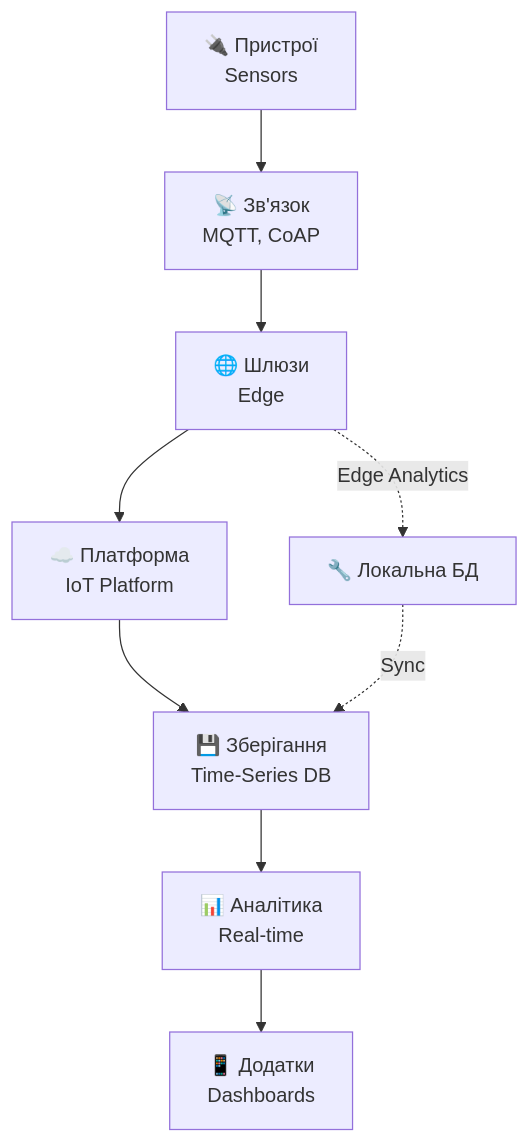
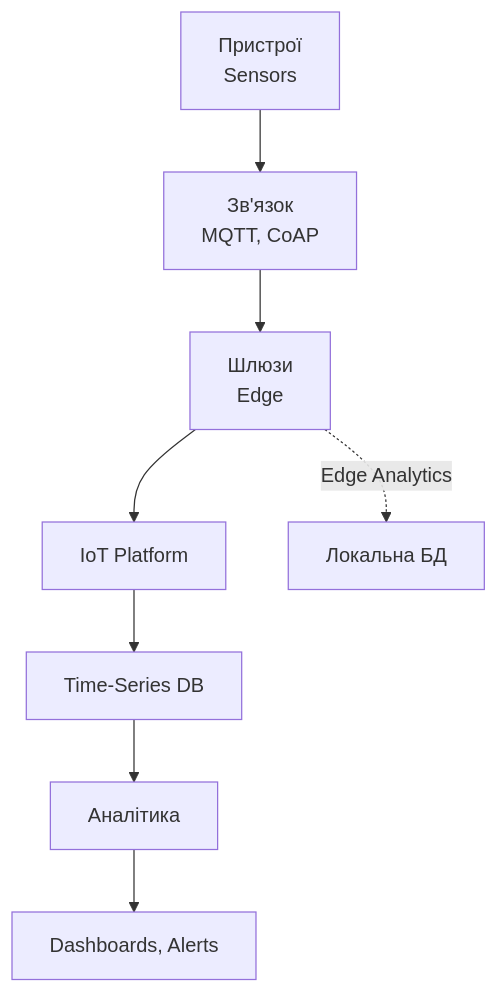
The fourth of 5 diagrams in presentations/presentation-21.md (olroi421/course-bd), drawn with Mermaid before and after one commit. The commit also changed other lines of this file and 26 other files, not shown here.

````diff
--- a/presentations/presentation-21.md
+++ b/presentations/presentation-21.md
@@ -274,12 +139,11 @@
 ```mermaid
 graph TB
-    A[🔌 Пристрої<br/>Sensors] --> B[📡 Зв'язок<br/>MQTT, CoAP]
-    B --> C[🌐 Шлюзи<br/>Edge]
-    C --> D[☁️ Платформа<br/>IoT Platform]
-    D --> E[💾 Зберігання<br/>Time-Series DB]
-    E --> F[📊 Аналітика<br/>Real-time]
-    F --> G[📱 Додатки<br/>Dashboards]
+    A[Пристрої<br/>Sensors] --> B[Зв'язок<br/>MQTT, CoAP]
+    B --> C[Шлюзи<br/>Edge]
+    C --> D[IoT Platform]
+    D --> E[Time-Series DB]
+    E --> F[Аналітика]
+    F --> G[Dashboards, Alerts]
 
-    C -.->|Edge Analytics| H[🔧 Локальна БД]
-    H -.->|Sync| E
+    C -.->|Edge Analytics| H[Локальна БД]
 ```
````
